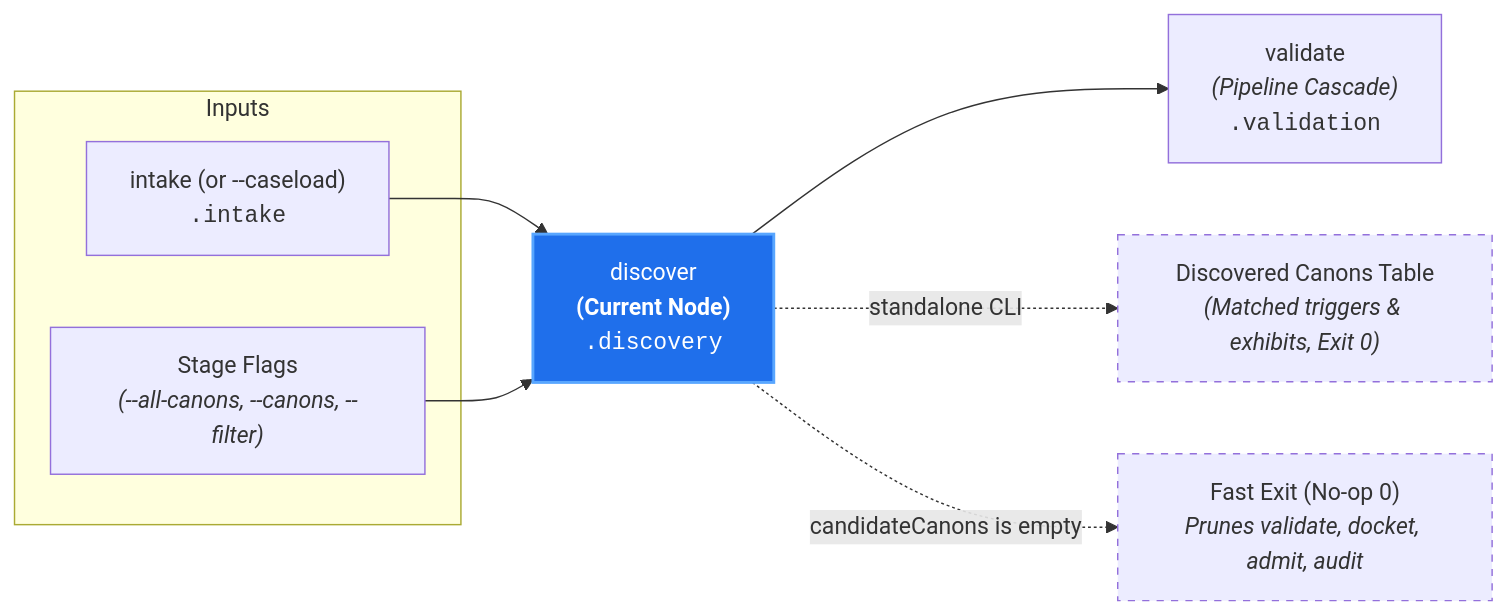
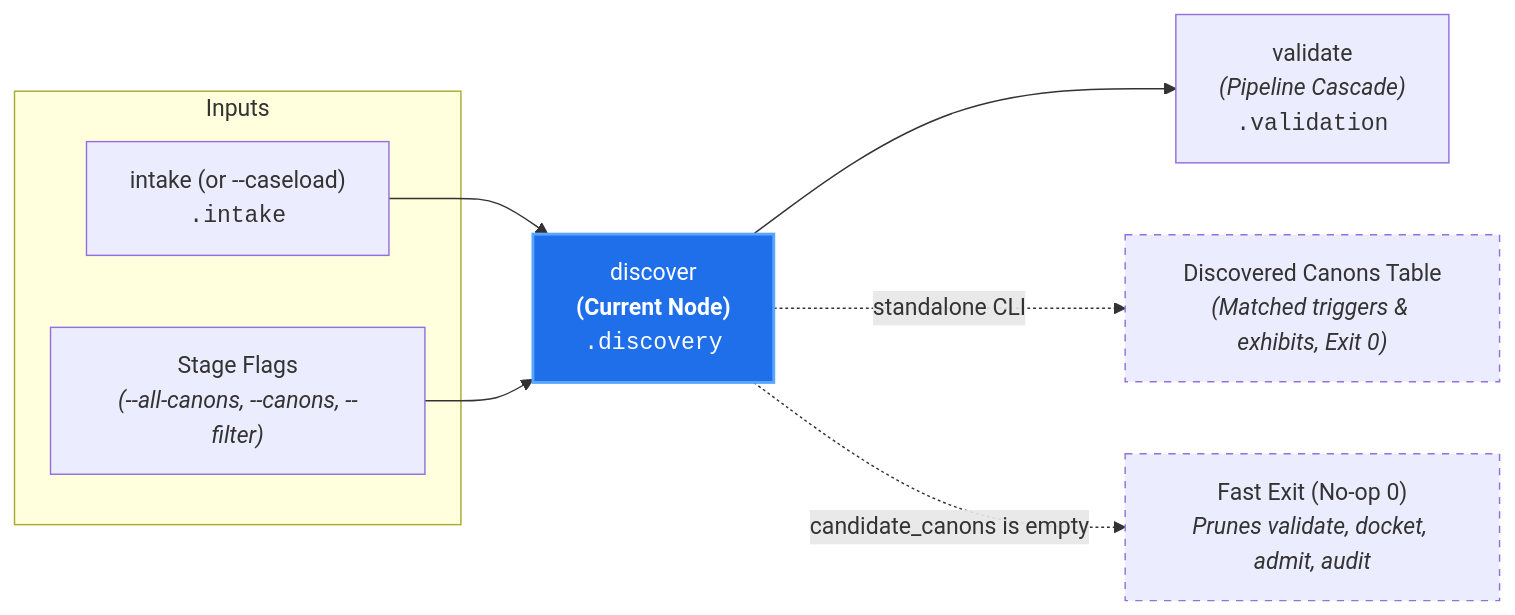
The diagram in docs/architecture/nodes/discover.md (PAIR-code/canon-clerk), drawn with Mermaid before and after one commit. The commit also changed other lines of this file and 9 other files, not shown here.

Commit message:
docs(architecture): standardize metric pairs, schemas, and status fields on snake_case

````diff
--- a/docs/architecture/nodes/discover.md
+++ b/docs/architecture/nodes/discover.md
@@ -28,18 +28,18 @@
 ```mermaid
 flowchart LR
     subgraph Inputs["Inputs"]
         Intake["intake (or --caseload)<br/><code>.intake</code>"]
         Params["Stage Flags<br/><i>(--all-canons, --canons, --filter)</i>"]
     end
 
     Intake --> Discover["discover<br/><b>(Current Node)</b><br/><code>.discovery</code>"]
     Params --> Discover
 
     Discover --> Validate["validate<br/><i>(Pipeline Cascade)</i><br/><code>.validation</code>"]
     Discover -. "standalone CLI" .-> DiscoveryReport["Discovered Canons Table<br/><i>(Matched triggers & exhibits, Exit 0)</i>"]
-    Discover -. "candidateCanons is empty" .-> FastExit["Fast Exit (No-op 0)<br/><i>Prunes validate, docket, admit, audit</i>"]
+    Discover -. "candidate_canons is empty" .-> FastExit["Fast Exit (No-op 0)<br/><i>Prunes validate, docket, admit, audit</i>"]
 
     style Discover fill:#1f6feb,stroke:#58a6ff,stroke-width:2px,color:#fff
     style DiscoveryReport stroke-dasharray: 5 5
     style FastExit stroke-dasharray: 5 5
 ```
````
